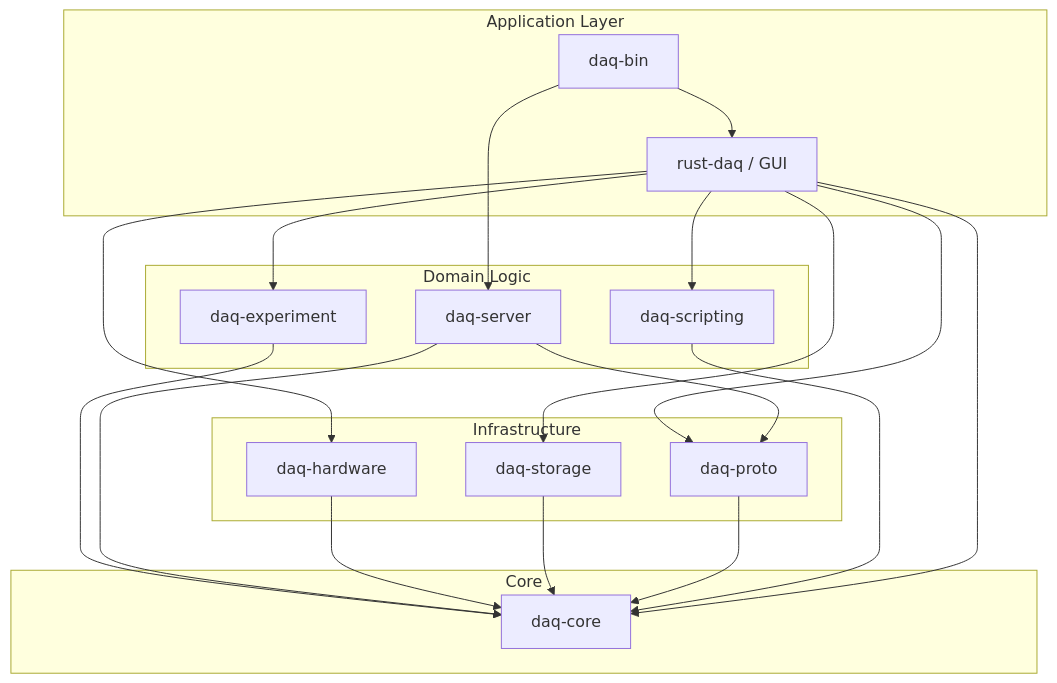
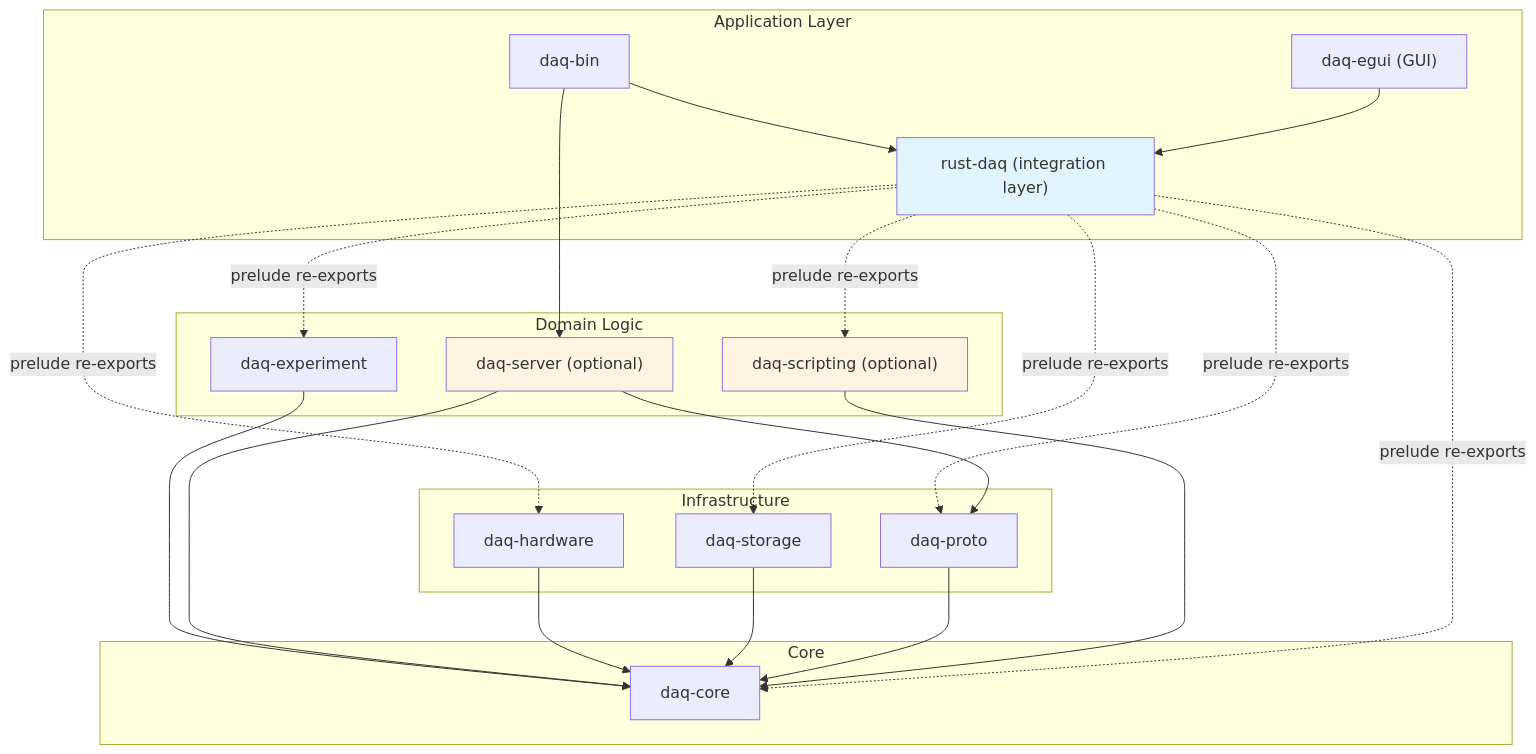
Before and after one commit to easternanemone/rust-daq: the first of 3 diagrams in docs/architecture/ARCHITECTURE.md, drawn with Mermaid. The commit also changed other lines of this file, not shown here.

Commit message:
docs: Update ARCHITECTURE.md integrator description and diagram
Additional updates to ARCHITECTURE.md to fully reflect bd-232k:

1. Updated "The Integrator" section description:
   - Old: "glue library" that "houses GUI code"
   - New: Integration layer with prelude pattern, no implementation code

2. Updated mermaid dependency graph:
   - Separated daq-egui (GUI) from rust-daq (integrator)
   - Changed connections to dotted "prelude re-exports" style
   - Marked daq-server and daq-scripting as "(optional)"
   - Added visual styling to highlight integration layer pattern

3. Updated "Key Architectural Patterns" section:
   - Workspace Composition: Removed "large central integrator" language
   - Added note about bd-232k transformation to thin integration layer

This completes ALL documentation updates for bd-232k.

Related: bd-232k

````diff
--- a/docs/architecture/ARCHITECTURE.md
+++ b/docs/architecture/ARCHITECTURE.md
@@ -30,41 +30,47 @@
 ```mermaid
 graph TD
     subgraph AppLayer ["Application Layer"]
         Bin["daq-bin"]
-        Glue["rust-daq / GUI"]
+        GUI["daq-egui (GUI)"]
+        Integrator["rust-daq (integration layer)"]
     end
 
     subgraph DomainLayer ["Domain Logic"]
         Exp["daq-experiment"]
-        Server["daq-server"]
-        Script["daq-scripting"]
+        Server["daq-server (optional)"]
+        Script["daq-scripting (optional)"]
     end
 
     subgraph InfraLayer ["Infrastructure"]
         Hard["daq-hardware"]
         Store["daq-storage"]
         Proto["daq-proto"]
     end
 
     subgraph CoreLayer ["Core"]
         Core["daq-core"]
     end
 
-    Bin --> Glue
+    Bin --> Integrator
     Bin --> Server
-    Glue --> Exp
-    Glue --> Hard
-    Glue --> Store
-    Glue --> Script
-    Glue --> Proto
-    
+    GUI --> Integrator
+    Integrator -.prelude re-exports.-> Exp
+    Integrator -.prelude re-exports.-> Hard
+    Integrator -.prelude re-exports.-> Store
+    Integrator -.prelude re-exports.-> Script
+    Integrator -.prelude re-exports.-> Proto
+
     Exp --> Core
     Server --> Core
     Server --> Proto
     Hard --> Core
     Store --> Core
     Proto --> Core
     Script --> Core
-    
-    Glue --> Core
+
+    Integrator -.prelude re-exports.-> Core
+
+    style Integrator fill:#e1f5ff
+    style Server fill:#fff4e1
+    style Script fill:#fff4e1
 ```
````
